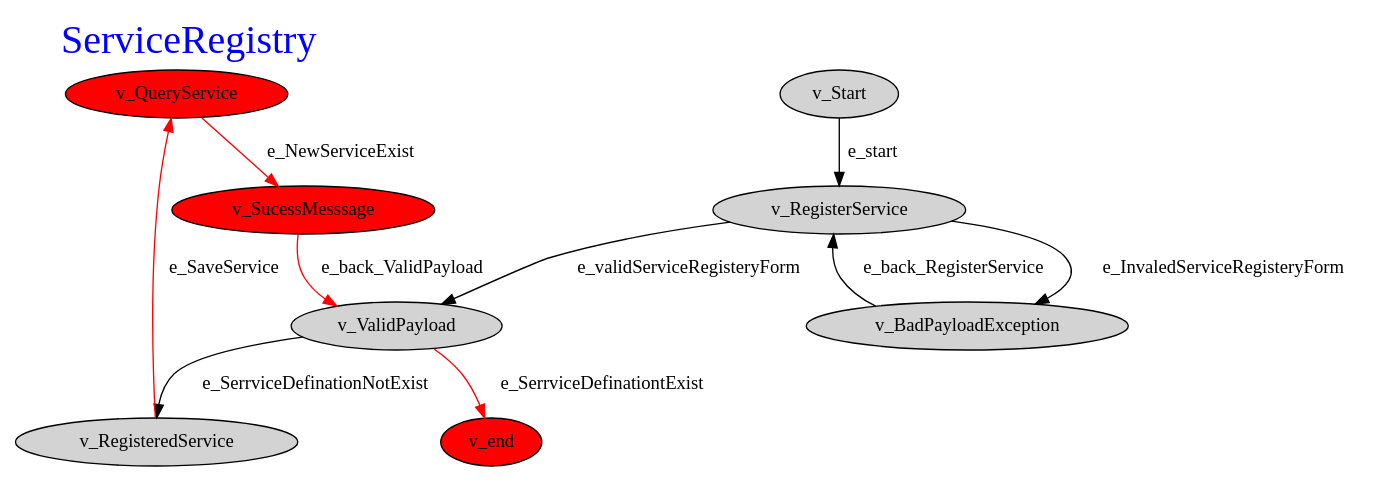
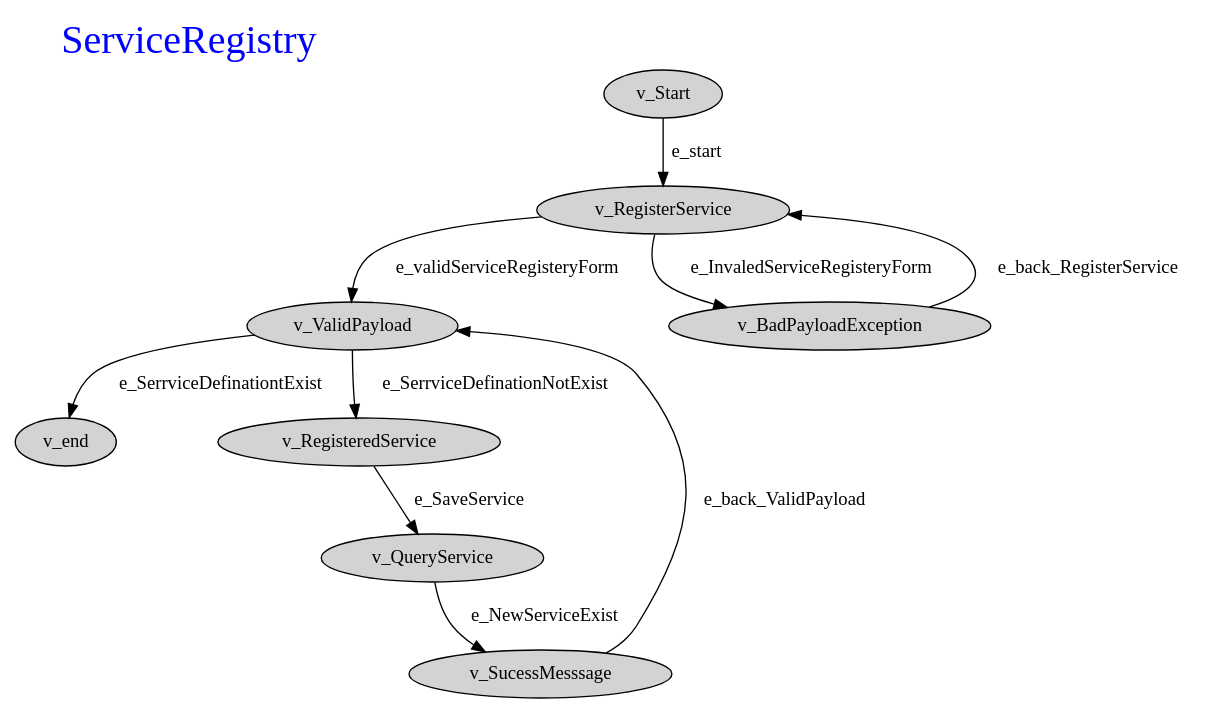
The diagram in ServiceRegistry/Drivers/ServiceRegistry.dot (marozareh/SerReg_2021), drawn with Graphviz before and after one commit. The commit also changed 161 other files, not shown here.

```diff
--- a/ServiceRegistry/Drivers/ServiceRegistry.dot
+++ b/ServiceRegistry/Drivers/ServiceRegistry.dot
@@ -1,21 +1,18 @@
 digraph OrchestratorStore{
 rankdir=TB
  label="ServiceRegistry"
 labelloc=top
 labeljust=left
 fontcolor = blue
 node [style=filled] 
  fontsize=30
-"v_QueryService"  [fillcolor=red]
-"v_SucessMesssage"  [fillcolor=red]
-"v_end"  [fillcolor=red]
-"v_ValidPayload" -> "v_end"  [ label="e_SerrviceDefinationtExist"color="red"]
-"v_SucessMesssage" -> "v_ValidPayload"  [ label="e_back_ValidPayload"color="red"]
-"v_QueryService" -> "v_SucessMesssage"  [ label="e_NewServiceExist"color="red"]
-"v_RegisteredService" -> "v_QueryService"  [ label="e_SaveService"color="red"]
+"v_ValidPayload" -> "v_end"  [ label="e_SerrviceDefinationtExist"color="black"]
+"v_SucessMesssage" -> "v_ValidPayload"  [ label="e_back_ValidPayload"color="black"]
+"v_QueryService" -> "v_SucessMesssage"  [ label="e_NewServiceExist"color="black"]
+"v_RegisteredService" -> "v_QueryService"  [ label="e_SaveService"color="black"]
 "v_ValidPayload" -> "v_RegisteredService"  [ label="e_SerrviceDefinationNotExist"color="black"]
 "v_RegisterService" -> "v_ValidPayload"  [ label="e_validServiceRegisteryForm"color="black"]
 "v_Start" -> "v_RegisterService"  [ label="e_start"color="black"]
 "v_BadPayloadException" -> "v_RegisterService"  [ label="e_back_RegisterService"color="black"]
 "v_RegisterService" -> "v_BadPayloadException"  [ label="e_InvaledServiceRegisteryForm"color="black"]
 }
```
